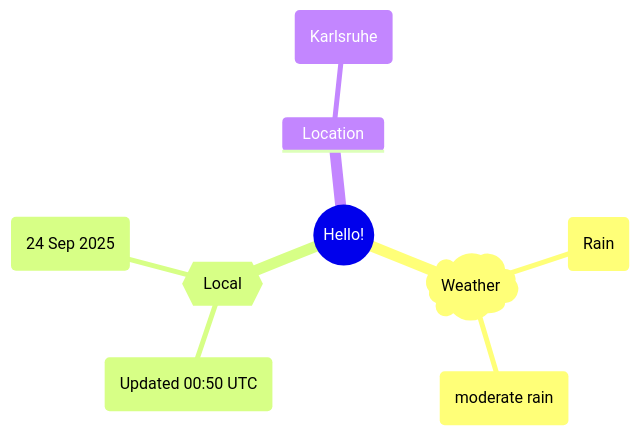
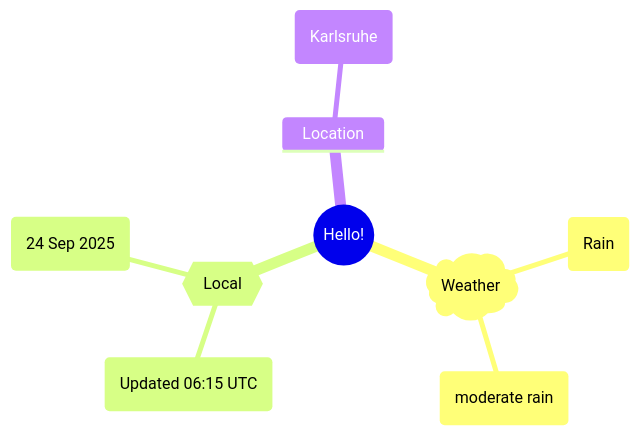
The first of 2 diagrams in README.md (Xosrov/Xosrov), drawn with Mermaid before and after one commit.

Commit message:
[bot] updated images

````diff
--- a/README.md
+++ b/README.md
@@ -3,12 +3,12 @@
 ```mermaid
 mindmap
   root((Hello!))
     )Weather(
         (Rain)
         (moderate rain)
     {{Local}}
-        (Updated 00:50 UTC)
+        (Updated 06:15 UTC)
         (24 Sep 2025)
     Location
         (Karlsruhe)
 ```
````
